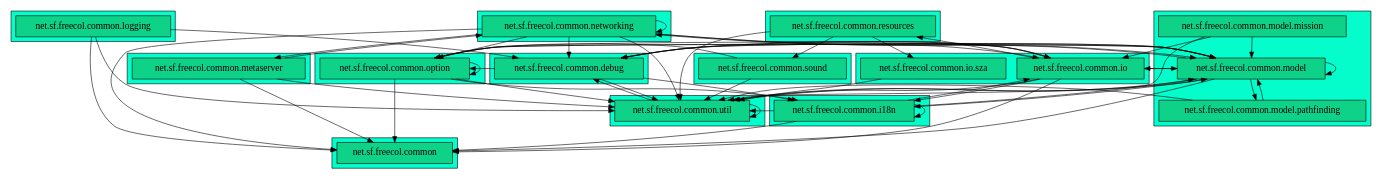
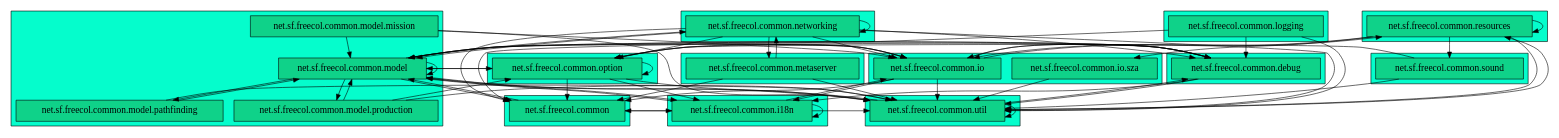
Before and after one commit to sfauvel/freecol: the diagram in test/docs/net/sf/freecol/architecture/_ArchitectureDocTest.common.approved.adoc, drawn with Graphviz. The commit also changed other lines of this file and 19 other files, not shown here.

```diff
--- a/test/docs/net/sf/freecol/architecture/_ArchitectureDocTest.common.approved.adoc
+++ b/test/docs/net/sf/freecol/architecture/_ArchitectureDocTest.common.approved.adoc
@@ -51,6 +51,7 @@
     subgraph cluster_model {
         bgcolor="#05fdCC";
         "net.sf.freecol.common.model"
+        "net.sf.freecol.common.model.production"
         "net.sf.freecol.common.model.mission"
         "net.sf.freecol.common.model.pathfinding"
     }
@@ -63,6 +64,8 @@
         "net.sf.freecol.common.option"
     }
     
+    "net.sf.freecol.common" -> "net.sf.freecol.common.i18n"
+    "net.sf.freecol.common" -> "net.sf.freecol.common.model"
     "net.sf.freecol.common.debug" -> "net.sf.freecol.common.i18n"
     "net.sf.freecol.common.debug" -> "net.sf.freecol.common.io"
     "net.sf.freecol.common.debug" -> "net.sf.freecol.common.model"
@@ -92,6 +95,7 @@
     "net.sf.freecol.common.model" -> "net.sf.freecol.common.io"
     "net.sf.freecol.common.model" -> "net.sf.freecol.common.model"
     "net.sf.freecol.common.model" -> "net.sf.freecol.common.model.pathfinding"
+    "net.sf.freecol.common.model" -> "net.sf.freecol.common.model.production"
     "net.sf.freecol.common.model" -> "net.sf.freecol.common.networking"
     "net.sf.freecol.common.model" -> "net.sf.freecol.common.option"
     "net.sf.freecol.common.model" -> "net.sf.freecol.common.util"
@@ -100,6 +104,9 @@
     "net.sf.freecol.common.model.mission" -> "net.sf.freecol.common.util"
     "net.sf.freecol.common.model.pathfinding" -> "net.sf.freecol.common.model"
     "net.sf.freecol.common.model.pathfinding" -> "net.sf.freecol.common.util"
+    "net.sf.freecol.common.model.production" -> "net.sf.freecol.common.model"
+    "net.sf.freecol.common.model.production" -> "net.sf.freecol.common.option"
+    "net.sf.freecol.common.model.production" -> "net.sf.freecol.common.util"
     "net.sf.freecol.common.networking" -> "net.sf.freecol.common"
     "net.sf.freecol.common.networking" -> "net.sf.freecol.common.debug"
     "net.sf.freecol.common.networking" -> "net.sf.freecol.common.io"
@@ -114,13 +121,16 @@
     "net.sf.freecol.common.option" -> "net.sf.freecol.common.model"
     "net.sf.freecol.common.option" -> "net.sf.freecol.common.option"
     "net.sf.freecol.common.option" -> "net.sf.freecol.common.util"
+    "net.sf.freecol.common.resources" -> "net.sf.freecol.common.io"
     "net.sf.freecol.common.resources" -> "net.sf.freecol.common.io.sza"
+    "net.sf.freecol.common.resources" -> "net.sf.freecol.common.resources"
     "net.sf.freecol.common.resources" -> "net.sf.freecol.common.sound"
     "net.sf.freecol.common.resources" -> "net.sf.freecol.common.util"
     "net.sf.freecol.common.sound" -> "net.sf.freecol.common.option"
     "net.sf.freecol.common.sound" -> "net.sf.freecol.common.util"
     "net.sf.freecol.common.util" -> "net.sf.freecol.common.debug"
     "net.sf.freecol.common.util" -> "net.sf.freecol.common.model"
+    "net.sf.freecol.common.util" -> "net.sf.freecol.common.resources"
     "net.sf.freecol.common.util" -> "net.sf.freecol.common.util"
 }
 ----
```
